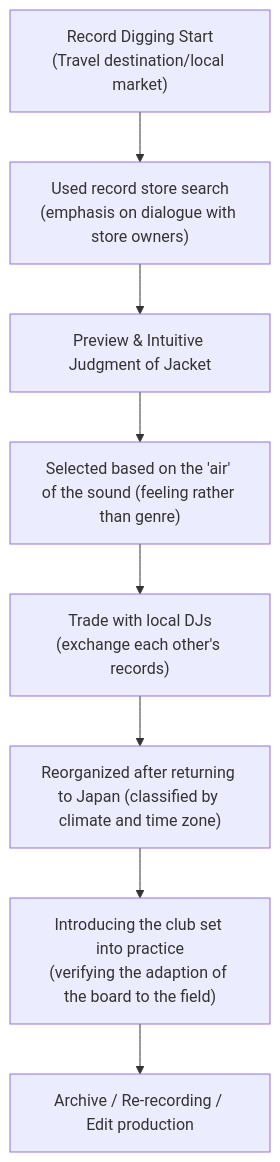
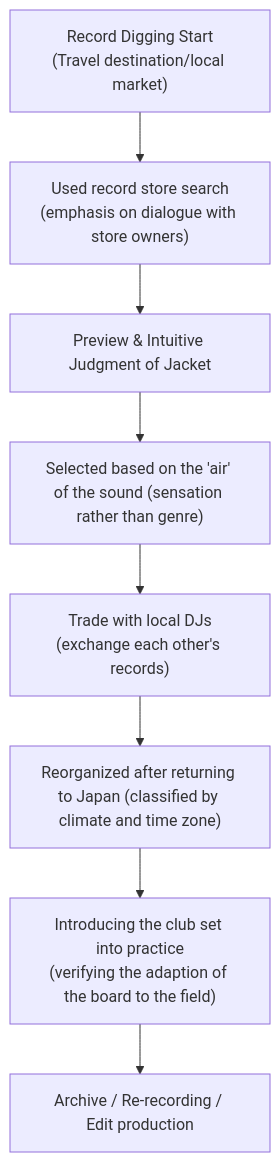
The fourth of 5 diagrams in en/_posts/2025-10-27-column-harvey-vinyl.md (monumental-movement/monumental-movement.github.io), drawn with Mermaid before and after one commit. The commit also changed other lines of this file and 224 other files, not shown here.

```diff
--- a/en/_posts/2025-10-27-column-harvey-vinyl.md
+++ b/en/_posts/2025-10-27-column-harvey-vinyl.md
@@ -221,16 +221,16 @@
 <div class="mermaid">
 
 flowchart TD
     A["Record Digging Start<br>(Travel destination/local market)"]
     B["Used record store search<br>(emphasis on dialogue with store owners)"]
     C["Preview & Intuitive Judgment of Jacket"]
-    D["Selected based on the 'air' of the sound (feeling rather than genre)"]
+    D["Selected based on the 'air' of the sound (sensation rather than genre)"]
     E["Trade with local DJs<br>(exchange each other's records)"]
     F["Reorganized after returning to Japan (classified by climate and time zone)"]
     G["Introducing the club set into practice<br>(verifying the adaption of the board to the field)"]
     H["Archive / Re-recording / Edit production"]
 
     A --> B --> C --> D --> E --> F --> G --> H
 
 
 </div>
```
